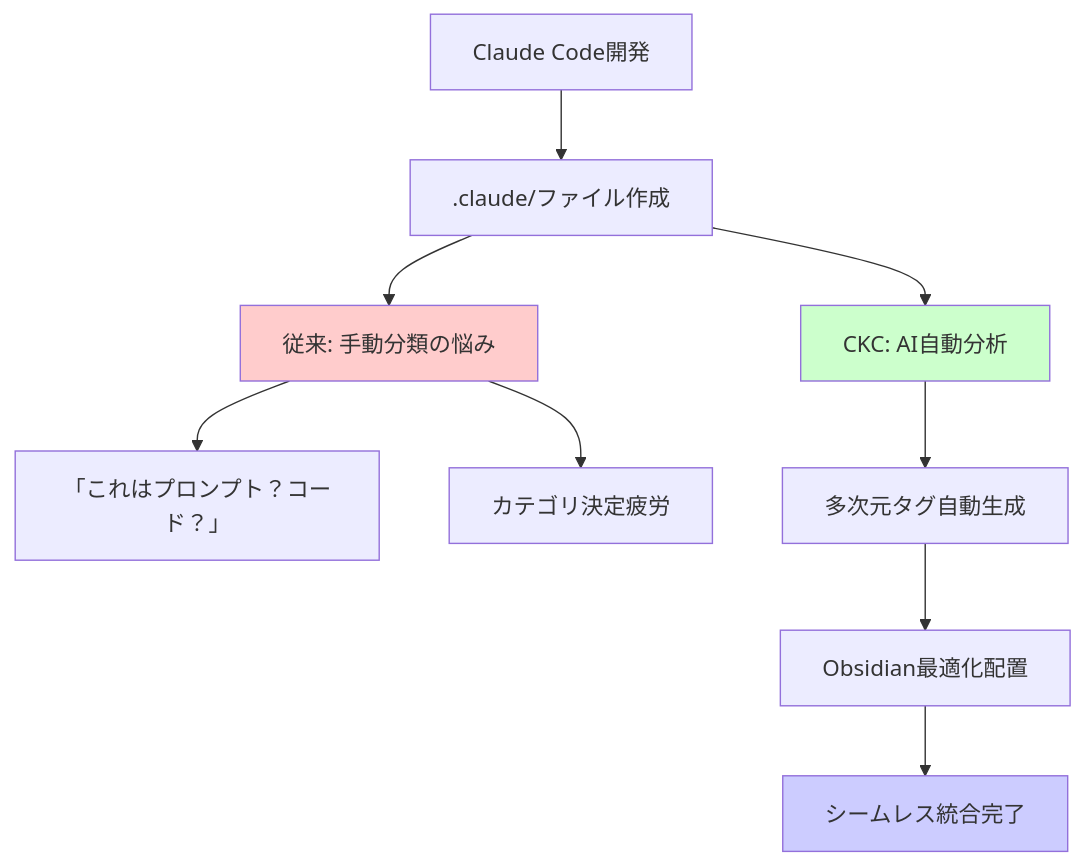
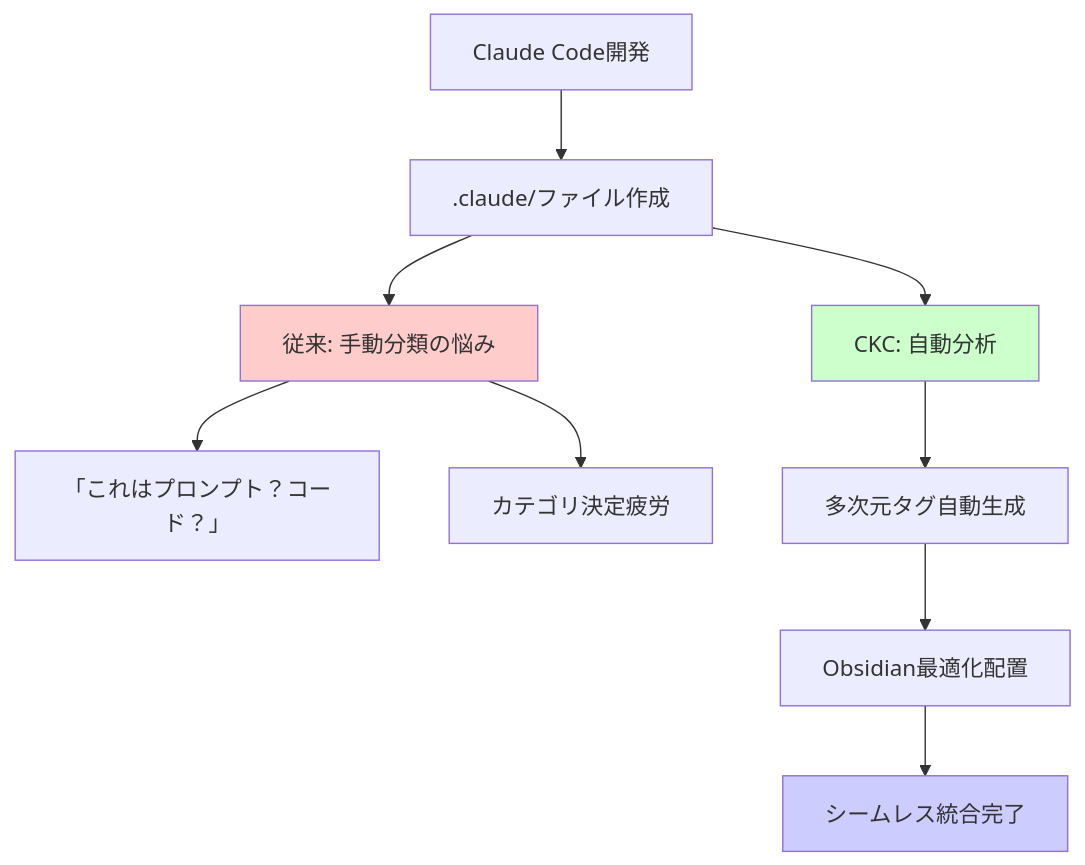
Before and after one commit to drillan/claude-knowledge-catalyst: the first of 2 diagrams in docs/user-guide/tag-architecture.md, drawn with Mermaid. The commit also changed other lines of this file and 19 other files, not shown here.

````diff
--- a/docs/user-guide/tag-architecture.md
+++ b/docs/user-guide/tag-architecture.md
@@ -11,16 +11,16 @@
 ```mermaid
 graph TB
     A[Claude Code開発] --> B[.claude/ファイル作成]
     B --> C[従来: 手動分類の悩み]
     C --> C1["「これはプロンプト？コード？」"]
     C --> C2["カテゴリ決定疲労"]
     
-    B --> D[CKC: AI自動分析]
+    B --> D[CKC: 自動分析]
     D --> E[多次元タグ自動生成]
     E --> F[Obsidian最適化配置]
     F --> G[シームレス統合完了]
     
     style C fill:#ffcccc
     style D fill:#ccffcc
     style G fill:#ccccff
 ```
````
